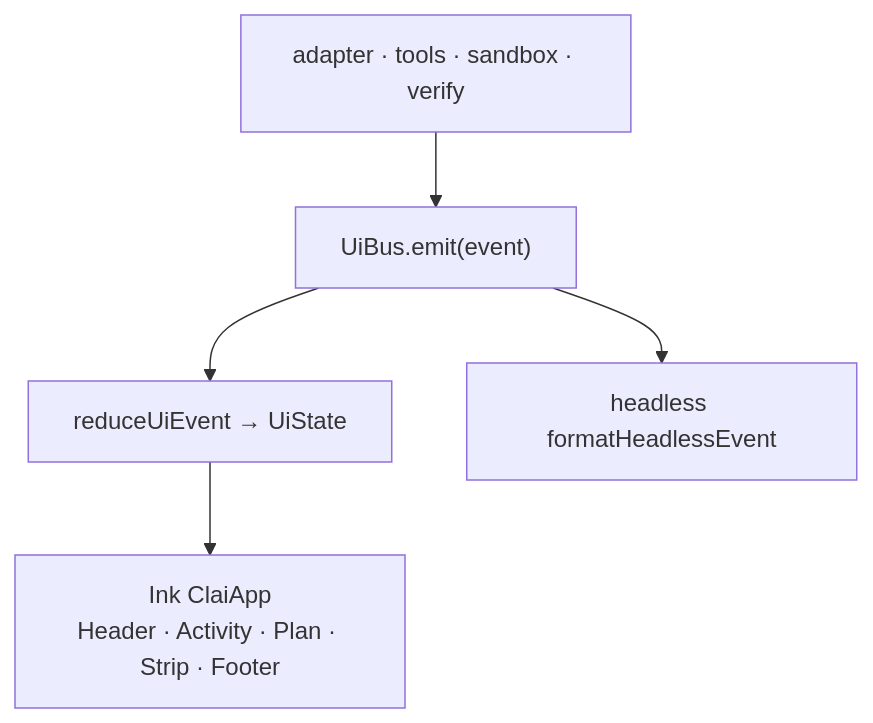
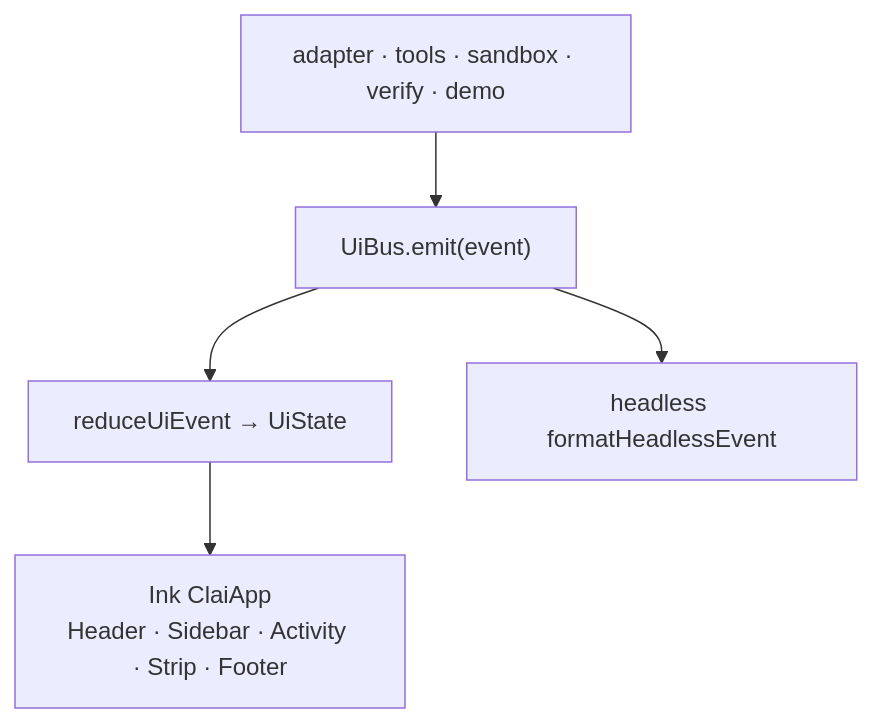
Before and after one commit to rajofearth/CodeRush2.0_TeamKnull: the eighth of 10 diagrams in docs/ARCHITECTURE.md, drawn with Mermaid. The commit also changed other lines of this file, not shown here.

Commit message:
updated architecture file

````diff
--- a/docs/ARCHITECTURE.md
+++ b/docs/ARCHITECTURE.md
@@ -233,13 +506,13 @@
 ```mermaid
 flowchart TB
-  Producers["adapter · tools · sandbox · verify"]
+  Producers["adapter · tools · sandbox · verify · demo"]
   Bus["UiBus.emit(event)"]
   Reducer["reduceUiEvent → UiState"]
-  Ink["Ink ClaiApp<br/>Header · Activity · Plan · Strip · Footer"]
+  Ink["Ink ClaiApp<br/>Header · Sidebar · Activity · Strip · Footer"]
   HL["headless formatHeadlessEvent"]
 
   Producers --> Bus
   Bus --> Reducer
   Reducer --> Ink
   Bus --> HL
 ```
````
